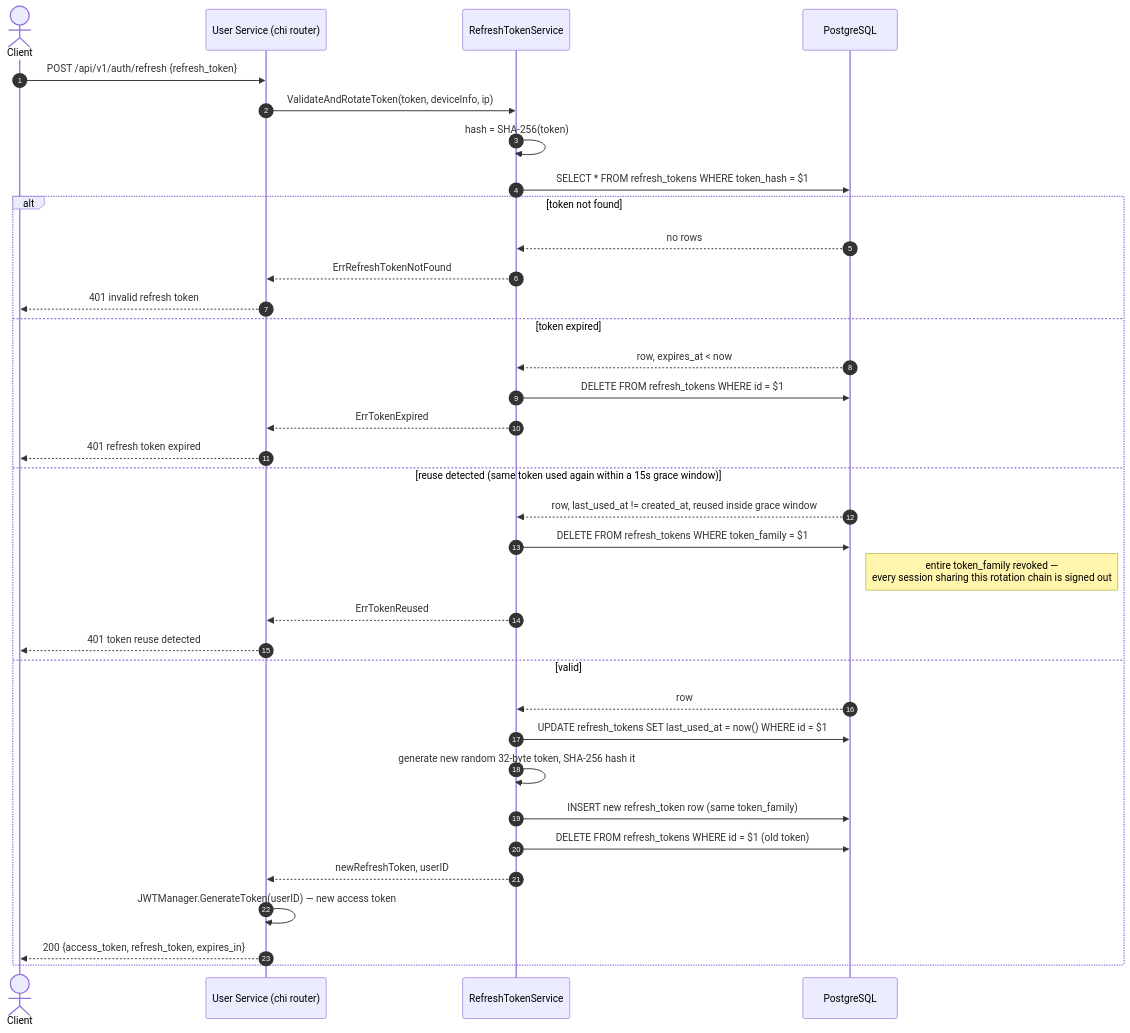
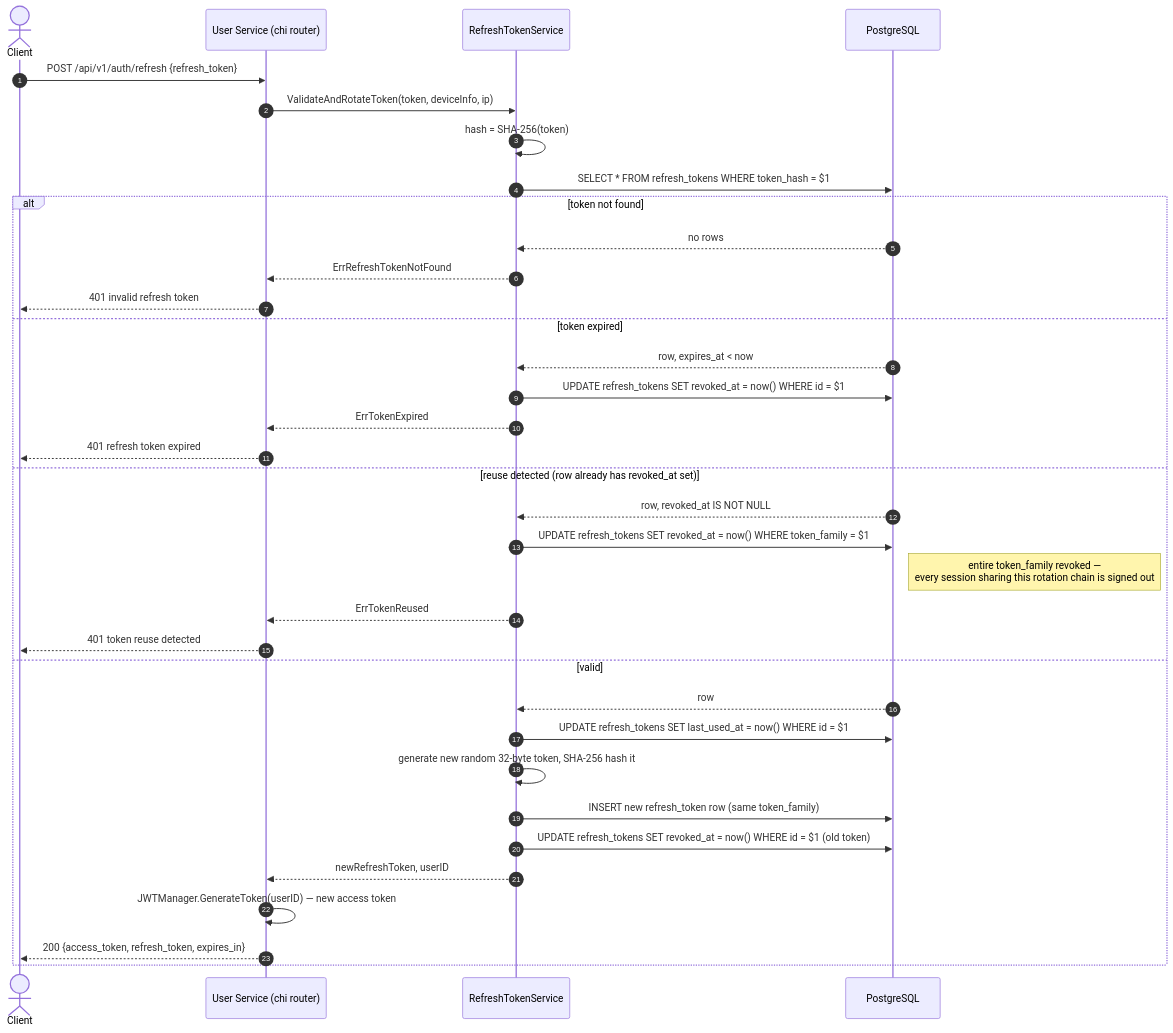
Before and after one commit to andrew-craig/cairn-reader: the sixth of 8 diagrams in docs/ARCHITECTURE.md, drawn with Mermaid. The commit also changed other lines of this file and 31 other files, not shown here.

````diff
--- a/docs/ARCHITECTURE.md
+++ b/docs/ARCHITECTURE.md
@@ -449,39 +449,39 @@
 ```mermaid
 sequenceDiagram
     autonumber
     actor Client
     participant API as User Service (chi router)
     participant RTS as RefreshTokenService
     participant DB as PostgreSQL
 
     Client->>API: POST /api/v1/auth/refresh {refresh_token}
     API->>RTS: ValidateAndRotateToken(token, deviceInfo, ip)
     RTS->>RTS: hash = SHA-256(token)
     RTS->>DB: SELECT * FROM refresh_tokens WHERE token_hash = $1
 
     alt token not found
         DB-->>RTS: no rows
         RTS-->>API: ErrRefreshTokenNotFound
         API-->>Client: 401 invalid refresh token
     else token expired
         DB-->>RTS: row, expires_at < now
-        RTS->>DB: DELETE FROM refresh_tokens WHERE id = $1
+        RTS->>DB: UPDATE refresh_tokens SET revoked_at = now() WHERE id = $1
         RTS-->>API: ErrTokenExpired
         API-->>Client: 401 refresh token expired
-    else reuse detected (same token used again within a 15s grace window)
-        DB-->>RTS: row, last_used_at != created_at, reused inside grace window
-        RTS->>DB: DELETE FROM refresh_tokens WHERE token_family = $1
+    else reuse detected (row already has revoked_at set)
+        DB-->>RTS: row, revoked_at IS NOT NULL
+        RTS->>DB: UPDATE refresh_tokens SET revoked_at = now() WHERE token_family = $1
         note right of DB: entire token_family revoked —<br/>every session sharing this rotation chain is signed out
         RTS-->>API: ErrTokenReused
         API-->>Client: 401 token reuse detected
     else valid
         DB-->>RTS: row
         RTS->>DB: UPDATE refresh_tokens SET last_used_at = now() WHERE id = $1
         RTS->>RTS: generate new random 32-byte token, SHA-256 hash it
         RTS->>DB: INSERT new refresh_token row (same token_family)
-        RTS->>DB: DELETE FROM refresh_tokens WHERE id = $1 (old token)
+        RTS->>DB: UPDATE refresh_tokens SET revoked_at = now() WHERE id = $1 (old token)
         RTS-->>API: newRefreshToken, userID
         API->>API: JWTManager.GenerateToken(userID) — new access token
         API-->>Client: 200 {access_token, refresh_token, expires_in}
     end
 ```
````
